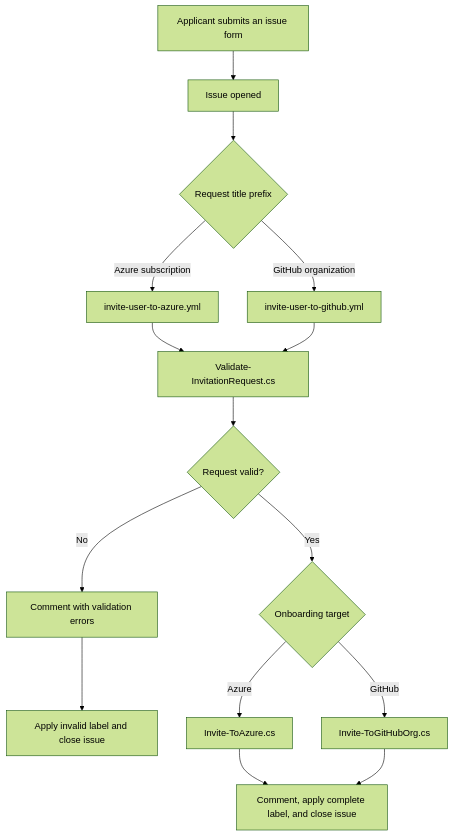
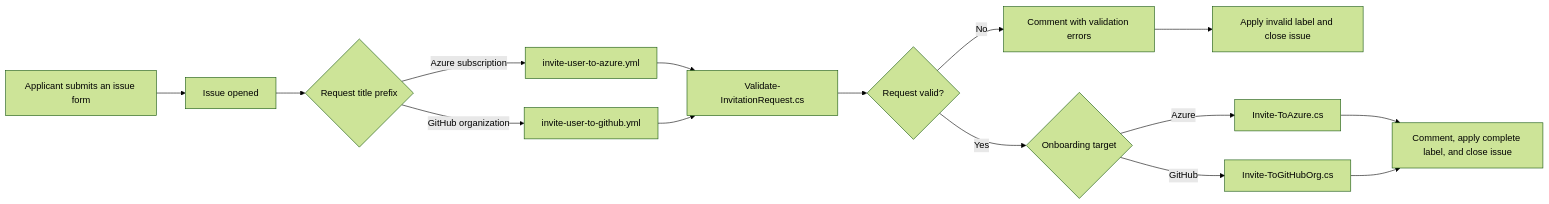
Before and after one commit to devrel-kr/invitation: the diagram in README.md, drawn with Mermaid (forest theme).

Commit message:
Lay out onboarding flow diagram horizontally
The flow is a wide branch-and-rejoin rather than a deep sequence, so a
left-to-right layout keeps it readable without vertical scrolling.

````diff
--- a/README.md
+++ b/README.md
@@ -31,21 +31,21 @@
 ```mermaid
-flowchart TD
+flowchart LR
     A[Applicant submits an issue form] --> B[Issue opened]
     B --> C{Request title prefix}
 
     C -->|Azure subscription| D[invite-user-to-azure.yml]
     C -->|GitHub organization| E[invite-user-to-github.yml]
 
     D --> F[Validate-InvitationRequest.cs]
     E --> F
     F --> G{Request valid?}
 
     G -->|No| H[Comment with validation errors]
     H --> I[Apply invalid label and close issue]
 
     G -->|Yes| J{Onboarding target}
     J -->|Azure| K[Invite-ToAzure.cs]
     J -->|GitHub| L[Invite-ToGitHubOrg.cs]
     K --> M[Comment, apply complete label, and close issue]
     L --> M
 ```
````
